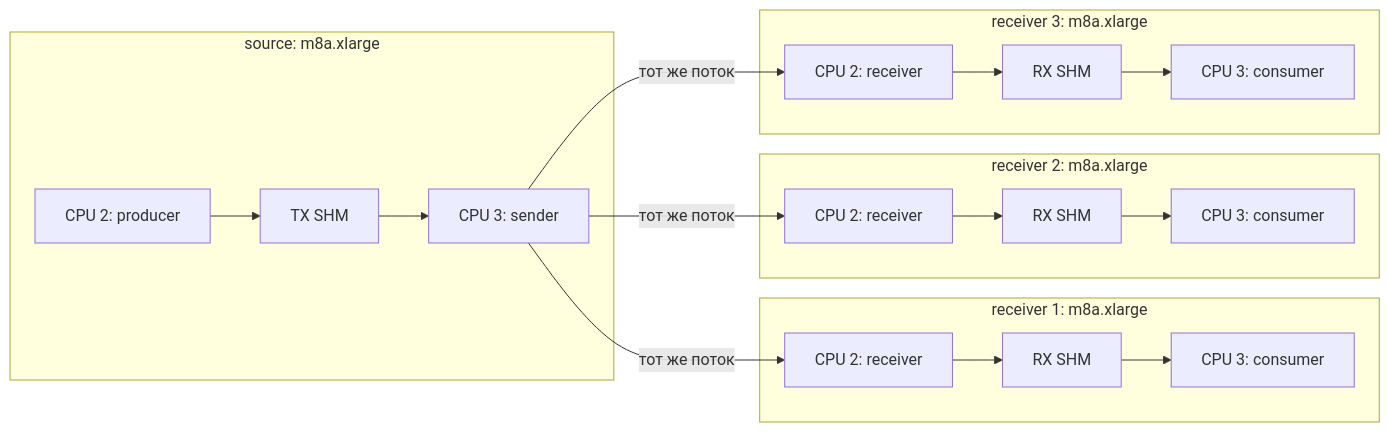
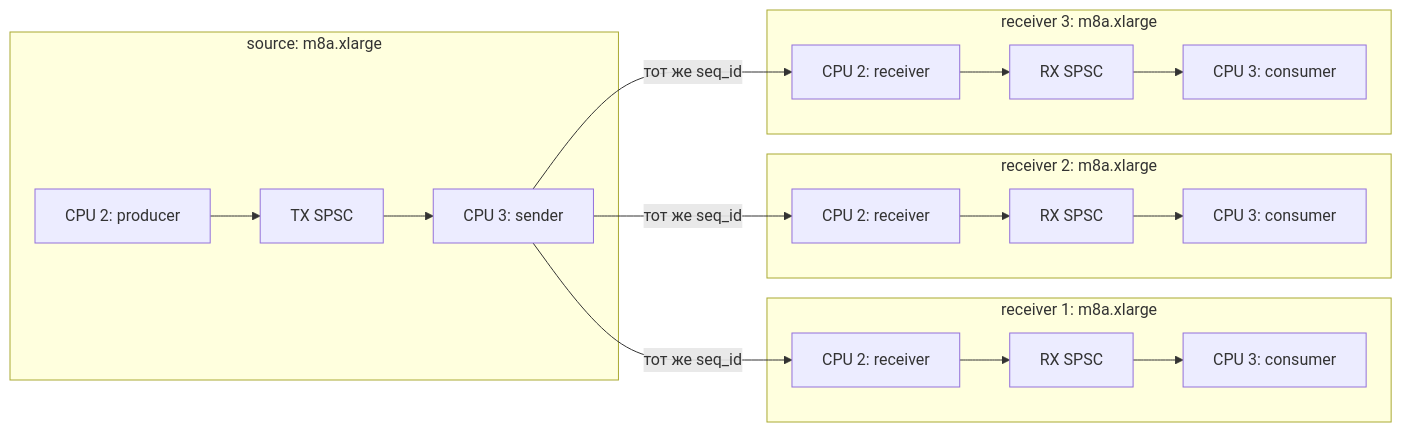
Before and after one commit to Un1oR/hft-low-latency-data-transfer-challenge: the diagram in docs/aws-runner-topology-and-build.md, drawn with Mermaid. The commit also changed other lines of this file and 8 other files, not shown here.

````diff
--- a/docs/aws-runner-topology-and-build.md
+++ b/docs/aws-runner-topology-and-build.md
@@ -24,22 +31,22 @@
 ```mermaid
 flowchart LR
     subgraph source["source: m8a.xlarge"]
-        producer["CPU 2: producer"] --> tx["TX SHM"] --> sender["CPU 3: sender"]
+        producer["CPU 2: producer"] --> tx["TX SPSC"] --> sender["CPU 3: sender"]
     end
 
-    sender -->|"тот же поток"| r1
-    sender -->|"тот же поток"| r2
-    sender -->|"тот же поток"| r3
+    sender -->|"тот же seq_id"| r1
+    sender -->|"тот же seq_id"| r2
+    sender -->|"тот же seq_id"| r3
 
     subgraph receiver1["receiver 1: m8a.xlarge"]
-        r1["CPU 2: receiver"] --> q1["RX SHM"] --> c1["CPU 3: consumer"]
+        r1["CPU 2: receiver"] --> q1["RX SPSC"] --> c1["CPU 3: consumer"]
     end
 
     subgraph receiver2["receiver 2: m8a.xlarge"]
-        r2["CPU 2: receiver"] --> q2["RX SHM"] --> c2["CPU 3: consumer"]
+        r2["CPU 2: receiver"] --> q2["RX SPSC"] --> c2["CPU 3: consumer"]
     end
 
     subgraph receiver3["receiver 3: m8a.xlarge"]
-        r3["CPU 2: receiver"] --> q3["RX SHM"] --> c3["CPU 3: consumer"]
+        r3["CPU 2: receiver"] --> q3["RX SPSC"] --> c3["CPU 3: consumer"]
     end
 ```
````
